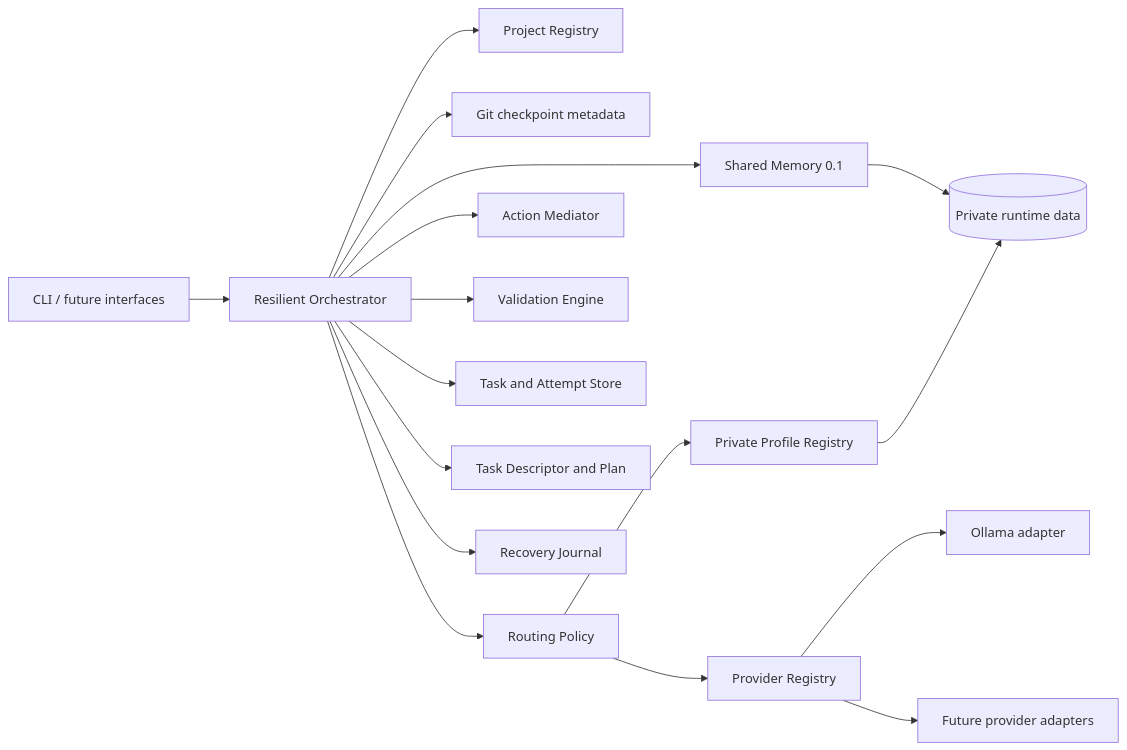
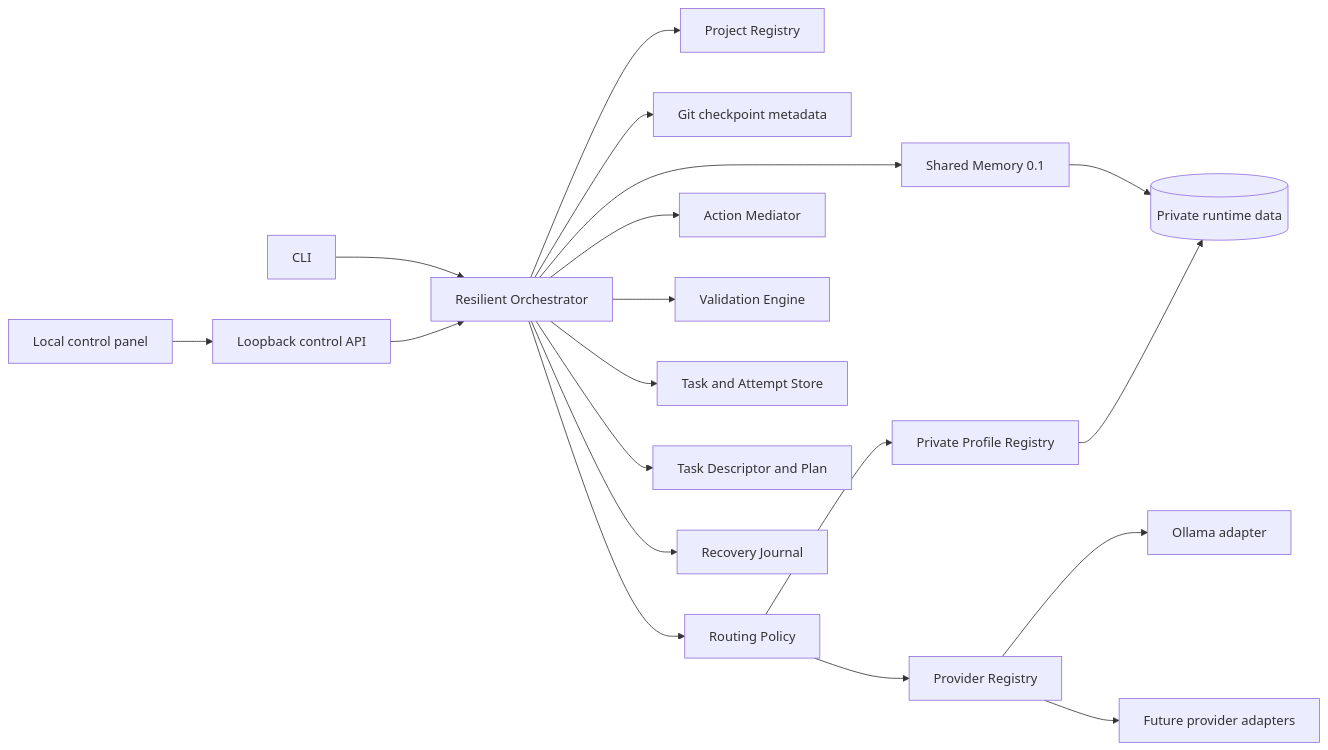
One commit to ricdegre/AI-Router changed the diagram in README.md. Above: the diagram before and after it, drawn with Mermaid. The commit also changed other lines of this file and 20 other files, not shown here.

Commit message:
Add local operational control panel

````diff
--- a/README.md
+++ b/README.md
@@ -38,19 +39,21 @@
 ```mermaid
 flowchart LR
-    CLI[CLI / future interfaces] --> ORCH[Resilient Orchestrator]
+    UI[Local control panel] --> API[Loopback control API]
+    CLI[CLI] --> ORCH[Resilient Orchestrator]
+    API --> ORCH
     ORCH --> REG[Project Registry]
     ORCH --> MEM[Shared Memory 0.1]
     ORCH --> GIT[Git checkpoint metadata]
     ORCH --> POLICY[Routing Policy]
     ORCH --> ACTIONS[Action Mediator]
     ORCH --> VALIDATE[Validation Engine]
     ORCH --> ATTEMPTS[Task and Attempt Store]
     ORCH --> DESC[Task Descriptor and Plan]
     ORCH --> JOURNAL[Recovery Journal]
     POLICY --> PREG[Provider Registry]
     POLICY --> PROFILES[Private Profile Registry]
     PREG --> OLLAMA[Ollama adapter]
     PREG --> FUTURE[Future provider adapters]
     MEM --> DATA[(Private runtime data)]
     PROFILES --> DATA
 ```
````
